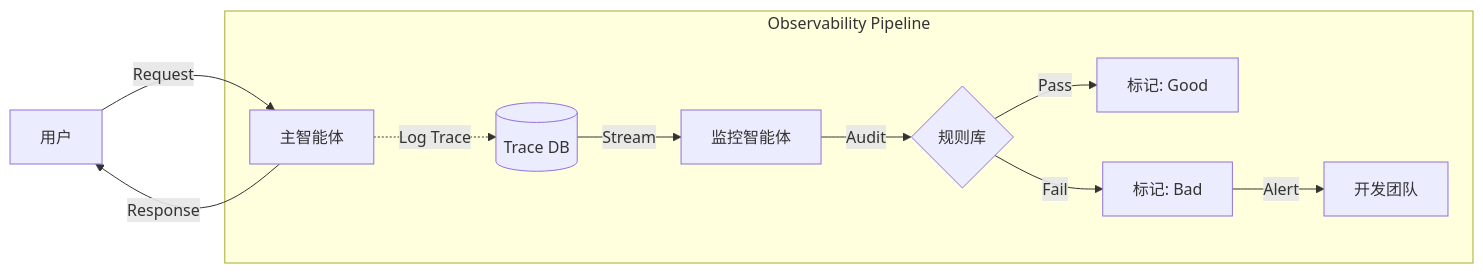
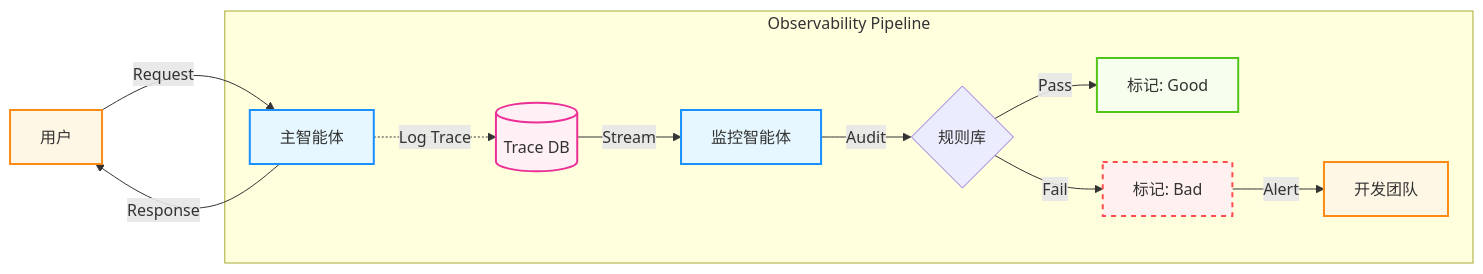
One commit to yeasy/agentic_ai_guide changed the second of 2 diagrams in 09_agentops/9.2_observability.md. Above: the diagram before and after it, drawn with Mermaid. The commit also changed 36 other files, not shown here.

````diff
--- a/09_agentops/9.2_observability.md
+++ b/09_agentops/9.2_observability.md
@@ -73,15 +73,30 @@
 ```mermaid
 graph LR
+    %% Agentic Design System
+    classDef user fill:#fff7e6,stroke:#fa8c16,stroke-width:2px;
+    classDef agent fill:#e6f7ff,stroke:#1890ff,stroke-width:2px;
+    classDef tool fill:#f6ffed,stroke:#52c41a,stroke-width:2px;
+    classDef error fill:#fff1f0,stroke:#ff4d4f,stroke-width:2px,stroke-dasharray: 5 5;
+    classDef memory fill:#fff0f6,stroke:#eb2f96,stroke-width:2px;
+
     用户 -->|Request| MainAgent[主智能体]
     MainAgent -->|Response| 用户
     
     subgraph Observability Pipeline
     MainAgent -.->|Log Trace| TraceStore[(Trace DB)]
     TraceStore -->|Stream| EvalAgent[监控智能体]
     
     EvalAgent -->|Audit| Rules{规则库}
     Rules -->|Pass| TagGood[标记: Good]
     Rules -->|Fail| TagBad[标记: Bad]
     TagBad -->|Alert| DevTeam[开发团队]
     end
+    
+    class 用户 user;
+    class MainAgent agent;
+    class TraceStore memory;
+    class EvalAgent agent;
+    class TagGood tool;
+    class TagBad error;
+    class DevTeam user;
 ```
````
